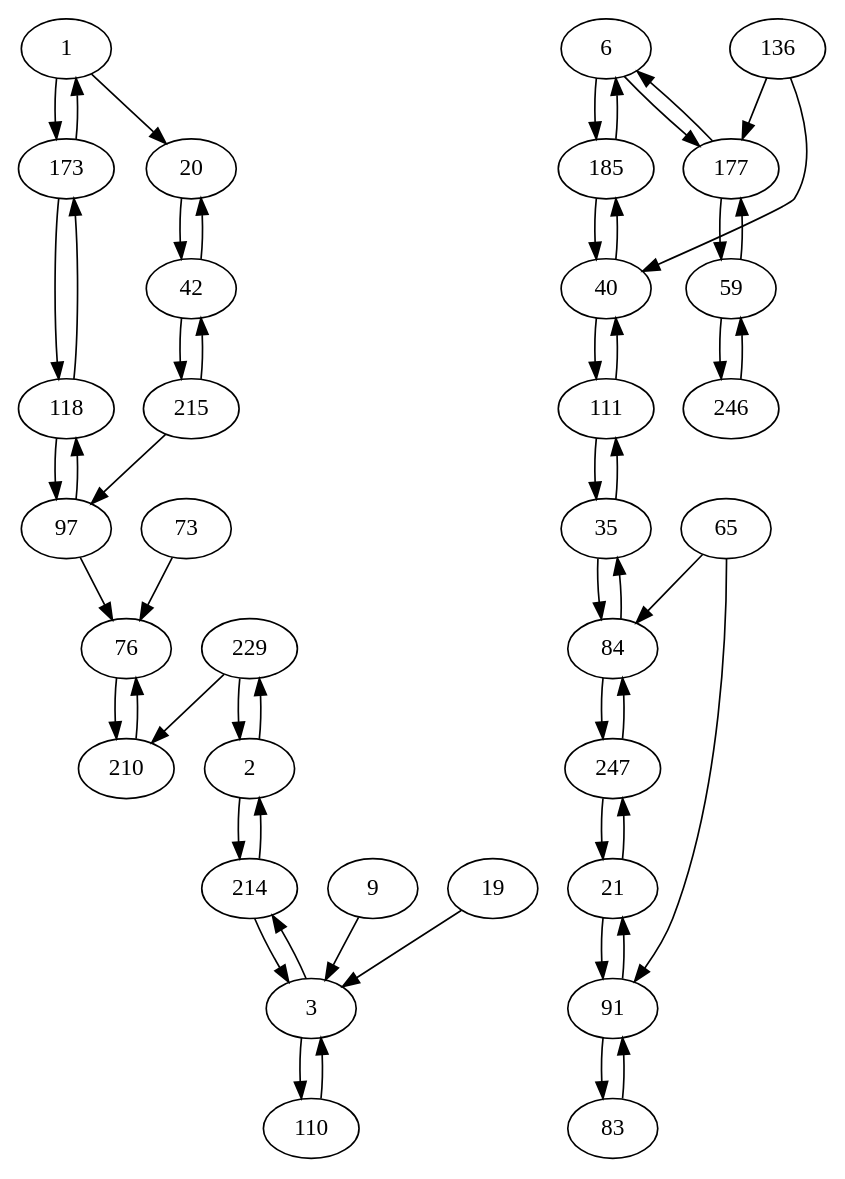
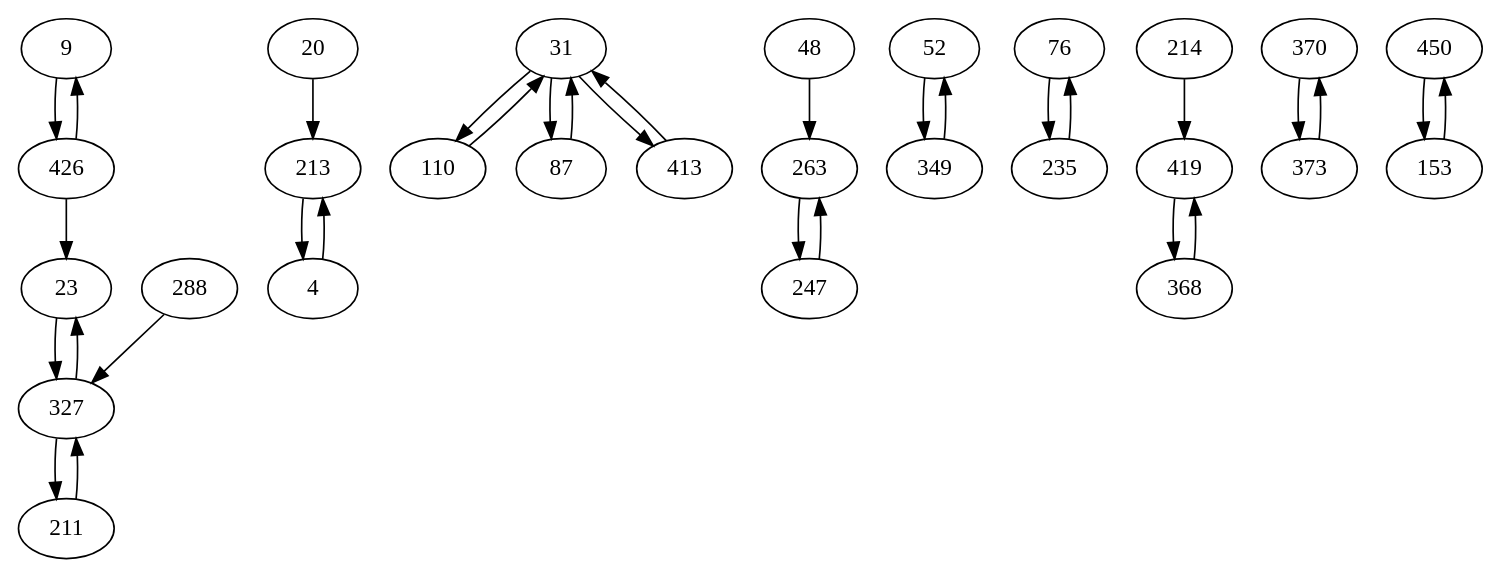
One commit to AuCson/Genome-Assembly-Implementation changed the diagram in external/dbg2olc/RawBestOverlapGraphWithTies.dot. Above: the diagram before and after it, drawn with Graphviz. The commit also changed 67 other files, not shown here.

```diff
--- a/external/dbg2olc/RawBestOverlapGraphWithTies.dot
+++ b/external/dbg2olc/RawBestOverlapGraphWithTies.dot
@@ -1,57 +1,33 @@
 digraph G {
-1 -> 173;
-2 -> 229;
-3 -> 110;
-6 -> 185;
-20 -> 42;
-21 -> 247;
-35 -> 111;
-40 -> 111;
-42 -> 20;
-59 -> 246;
-65 -> 91;
-73 -> 76;
-83 -> 91;
-84 -> 247;
-91 -> 21;
-97 -> 76;
-111 -> 35;
-118 -> 97;
-136 -> 177;
-173 -> 1;
-177 -> 59;
-185 -> 6;
-214 -> 3;
-215 -> 42;
-229 -> 2;
-246 -> 59;
-247 -> 21;
-1 -> 20;
-2 -> 214;
-3 -> 214;
-6 -> 177;
-9 -> 3;
-19 -> 3;
-21 -> 91;
-35 -> 84;
-40 -> 185;
-42 -> 215;
-59 -> 177;
-65 -> 84;
-76 -> 210;
-84 -> 35;
-91 -> 83;
-97 -> 118;
-110 -> 3;
-111 -> 40;
-118 -> 173;
-136 -> 40;
-173 -> 118;
-177 -> 6;
-185 -> 40;
-210 -> 76;
-214 -> 2;
-215 -> 97;
-229 -> 210;
-247 -> 84;
+9 -> 426;
+20 -> 213;
+23 -> 327;
+31 -> 110;
+48 -> 263;
+52 -> 349;
+76 -> 235;
+87 -> 31;
+110 -> 31;
+211 -> 327;
+213 -> 4;
+214 -> 419;
+235 -> 76;
+263 -> 247;
+288 -> 327;
+327 -> 211;
+349 -> 52;
+368 -> 419;
+370 -> 373;
+413 -> 31;
+426 -> 23;
+450 -> 153;
+4 -> 213;
+31 -> 87;
+31 -> 413;
+153 -> 450;
+247 -> 263;
+327 -> 23;
+373 -> 370;
+419 -> 368;
+426 -> 9;
 }
```
